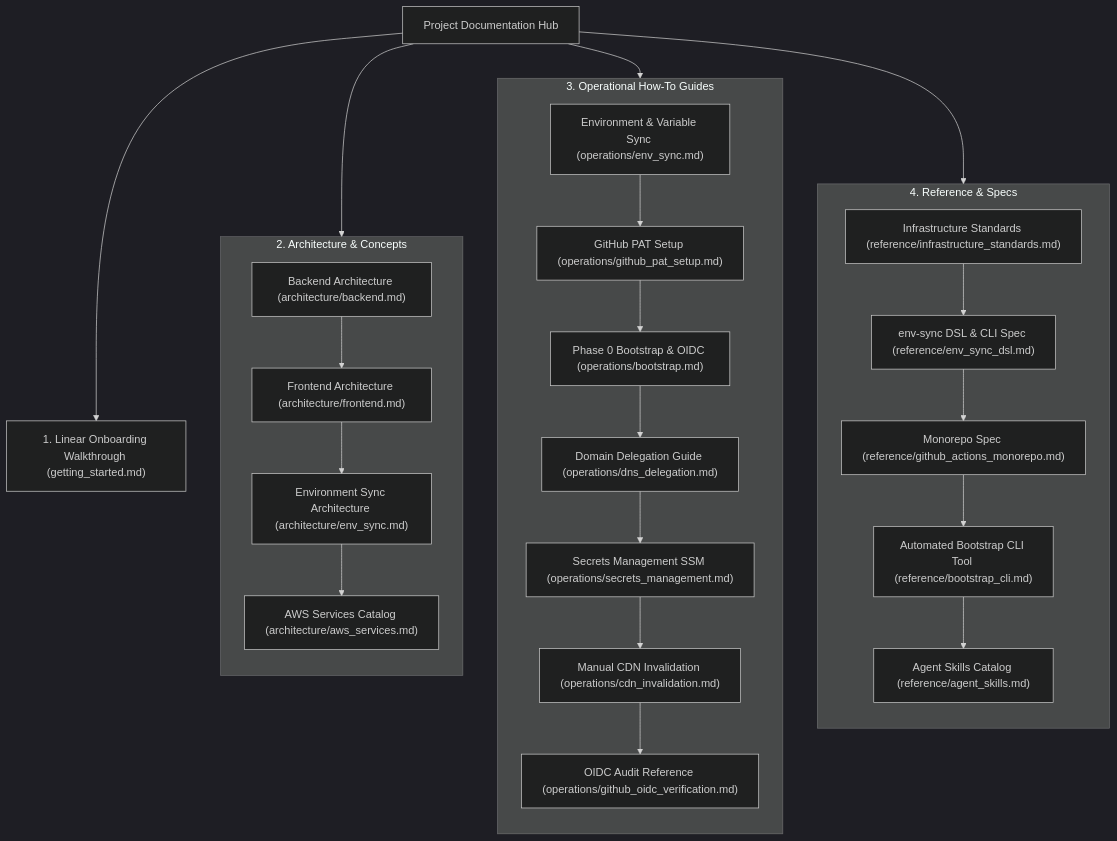
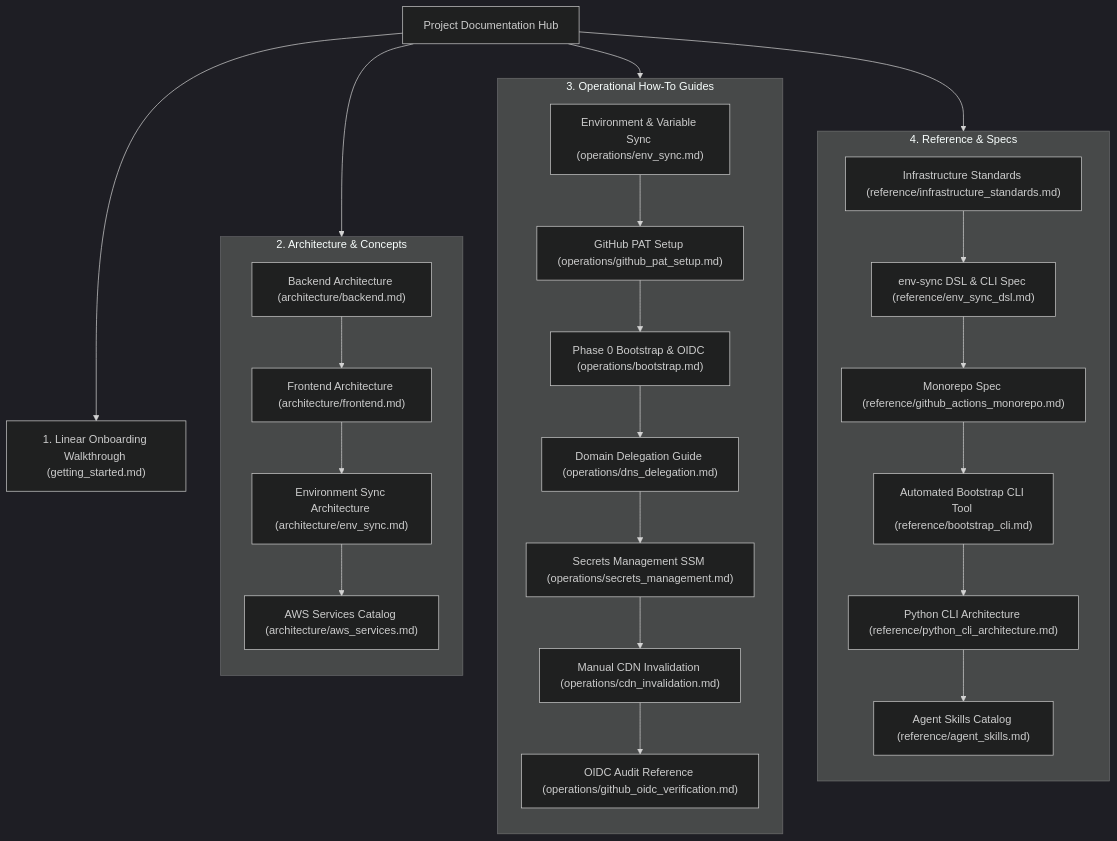
One commit to Beep1608/cleanmybelly changed the diagram in docs/README.md. Above: the diagram before and after it, drawn with Mermaid (dark theme). The commit also changed other lines of this file and 1 other file, not shown here.

Commit message:
I've added learning manual

````diff
--- a/docs/README.md
+++ b/docs/README.md
@@ -23,38 +23,39 @@
 ```mermaid
 graph TD
     Start[Project Documentation Hub] --> GS["1. Linear Onboarding Walkthrough (getting_started.md)"]
     Start --> Arch
     Start --> Ops
     Start --> Ref
 
     subgraph Arch [2. Architecture & Concepts]
         direction TB
         Arch_Back["Backend Architecture (architecture/backend.md)"]
         Arch_Front["Frontend Architecture (architecture/frontend.md)"]
         Arch_Sync["Environment Sync Architecture (architecture/env_sync.md)"]
         Arch_AWS["AWS Services Catalog (architecture/aws_services.md)"]
         Arch_Back --> Arch_Front --> Arch_Sync --> Arch_AWS
     end
 
     subgraph Ops [3. Operational How-To Guides]
         direction TB
         Ops_Sync["Environment & Variable Sync (operations/env_sync.md)"]
         Ops_PAT["GitHub PAT Setup (operations/github_pat_setup.md)"]
         Ops_Boot["Phase 0 Bootstrap & OIDC (operations/bootstrap.md)"]
         Ops_DNS["Domain Delegation Guide (operations/dns_delegation.md)"]
         Ops_Sec["Secrets Management SSM (operations/secrets_management.md)"]
         Ops_CDN["Manual CDN Invalidation (operations/cdn_invalidation.md)"]
         Ops_OIDC["OIDC Audit Reference (operations/github_oidc_verification.md)"]
         Ops_Sync --> Ops_PAT --> Ops_Boot --> Ops_DNS --> Ops_Sec --> Ops_CDN --> Ops_OIDC
     end
 
     subgraph Ref [4. Reference & Specs]
         direction TB
         Ref_Plan["Infrastructure Standards (reference/infrastructure_standards.md)"]
         Ref_DSL["env-sync DSL & CLI Spec (reference/env_sync_dsl.md)"]
         Ref_Pipe["Monorepo Spec (reference/github_actions_monorepo.md)"]
         Ref_CLI["Automated Bootstrap CLI Tool (reference/bootstrap_cli.md)"]
+        Ref_Py["Python CLI Architecture (reference/python_cli_architecture.md)"]
         Ref_Skills["Agent Skills Catalog (reference/agent_skills.md)"]
-        Ref_Plan --> Ref_DSL --> Ref_Pipe --> Ref_CLI --> Ref_Skills
+        Ref_Plan --> Ref_DSL --> Ref_Pipe --> Ref_CLI --> Ref_Py --> Ref_Skills
     end
 ```
````
